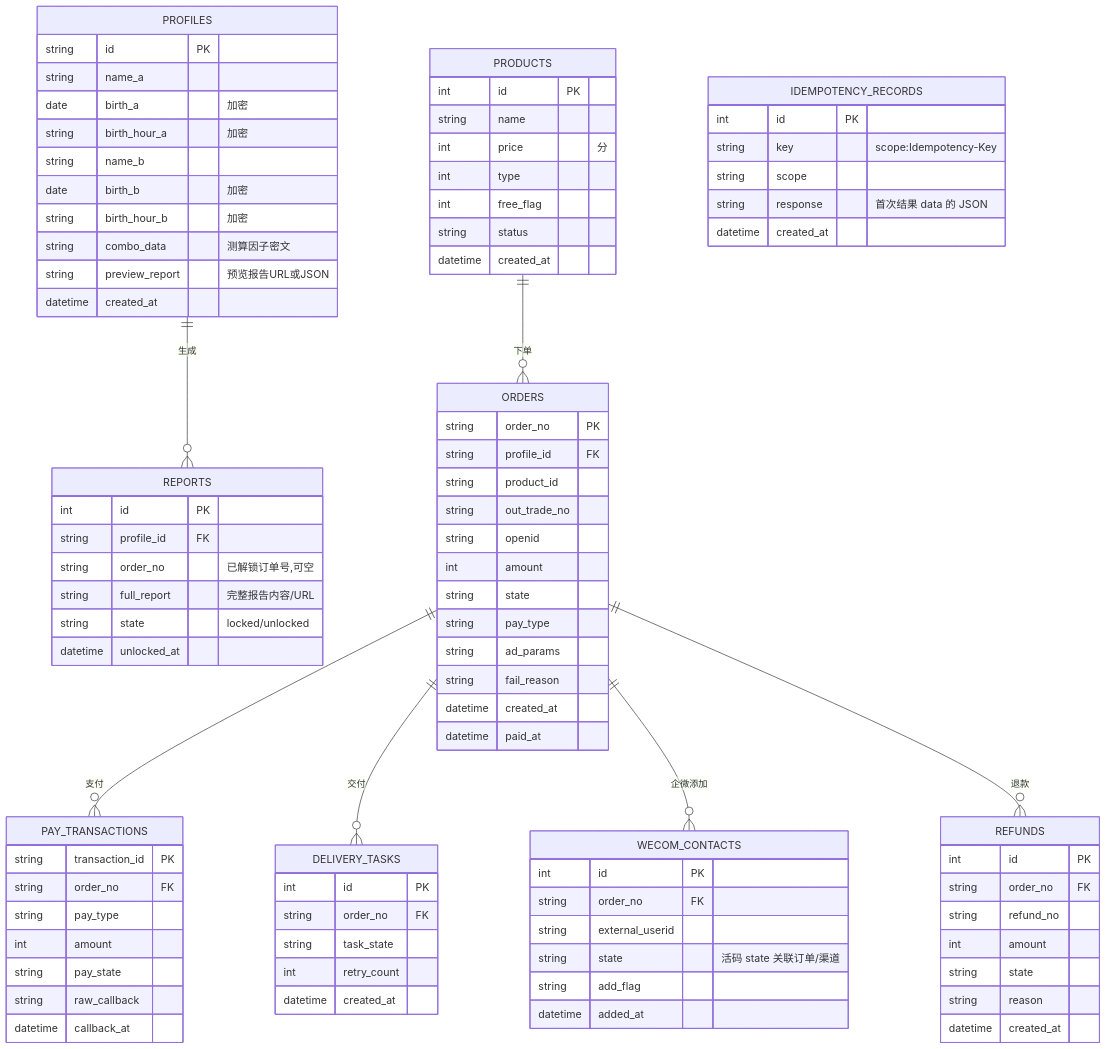
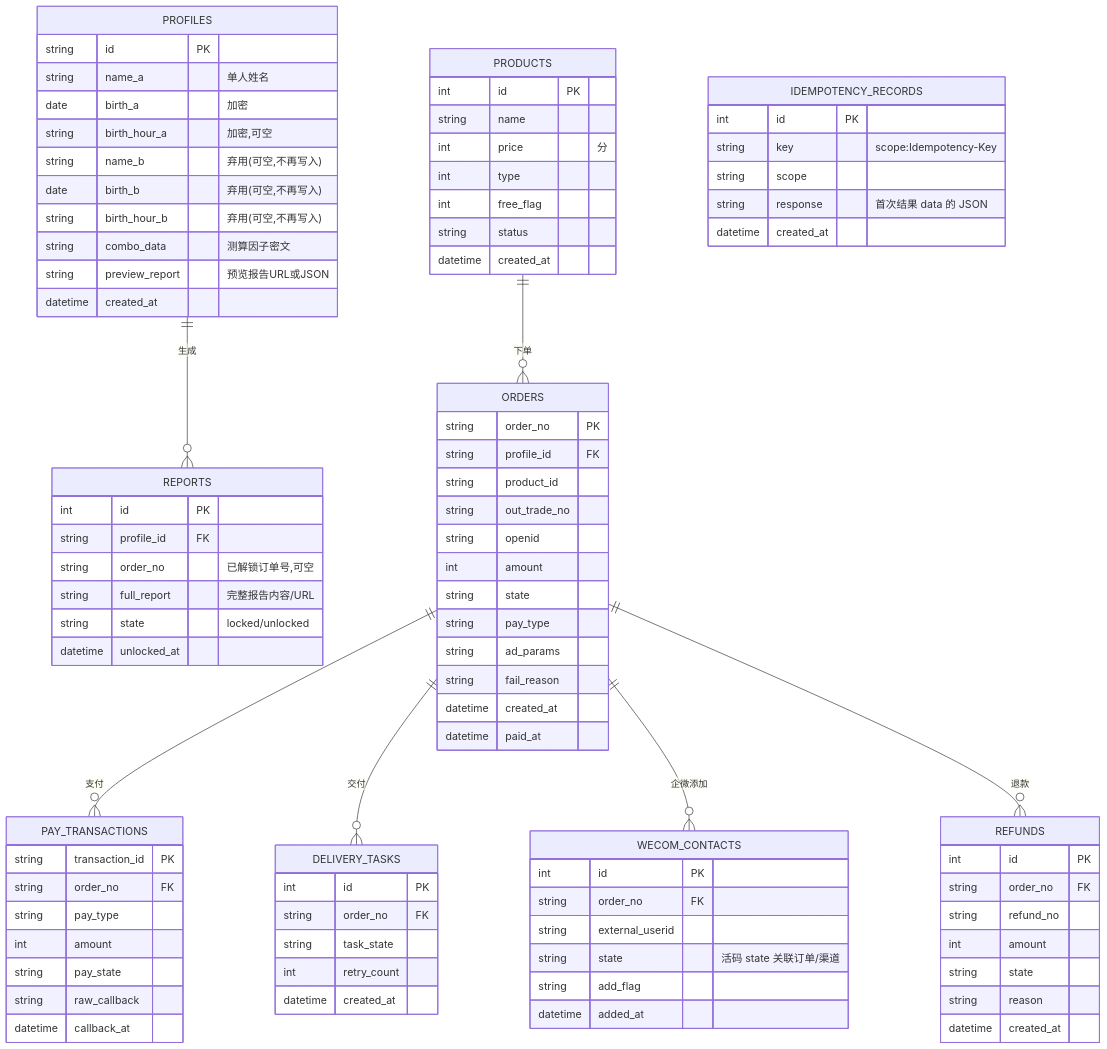
The fifth of 5 diagrams in doc/开发文档.md (LiquorXR/yycs), drawn with Mermaid before and after one commit. The commit also changed other lines of this file and 1 other file, not shown here.

Commit message:
docs: 同步接口文档 v1.0.4 及开发文档（测算单人化契约，与 main 代码实现核对）

```diff
--- a/doc/开发文档.md
+++ b/doc/开发文档.md
@@ -192,12 +192,12 @@
     }
     PROFILES {
         string id PK
-        string name_a
+        string name_a "单人姓名"
         date birth_a "加密"
-        string birth_hour_a "加密"
-        string name_b
-        date birth_b "加密"
-        string birth_hour_b "加密"
+        string birth_hour_a "加密,可空"
+        string name_b "弃用(可空,不再写入)"
+        date birth_b "弃用(可空,不再写入)"
+        string birth_hour_b "弃用(可空,不再写入)"
         string combo_data "测算因子密文"
         string preview_report "预览报告URL或JSON"
         datetime created_at
```
